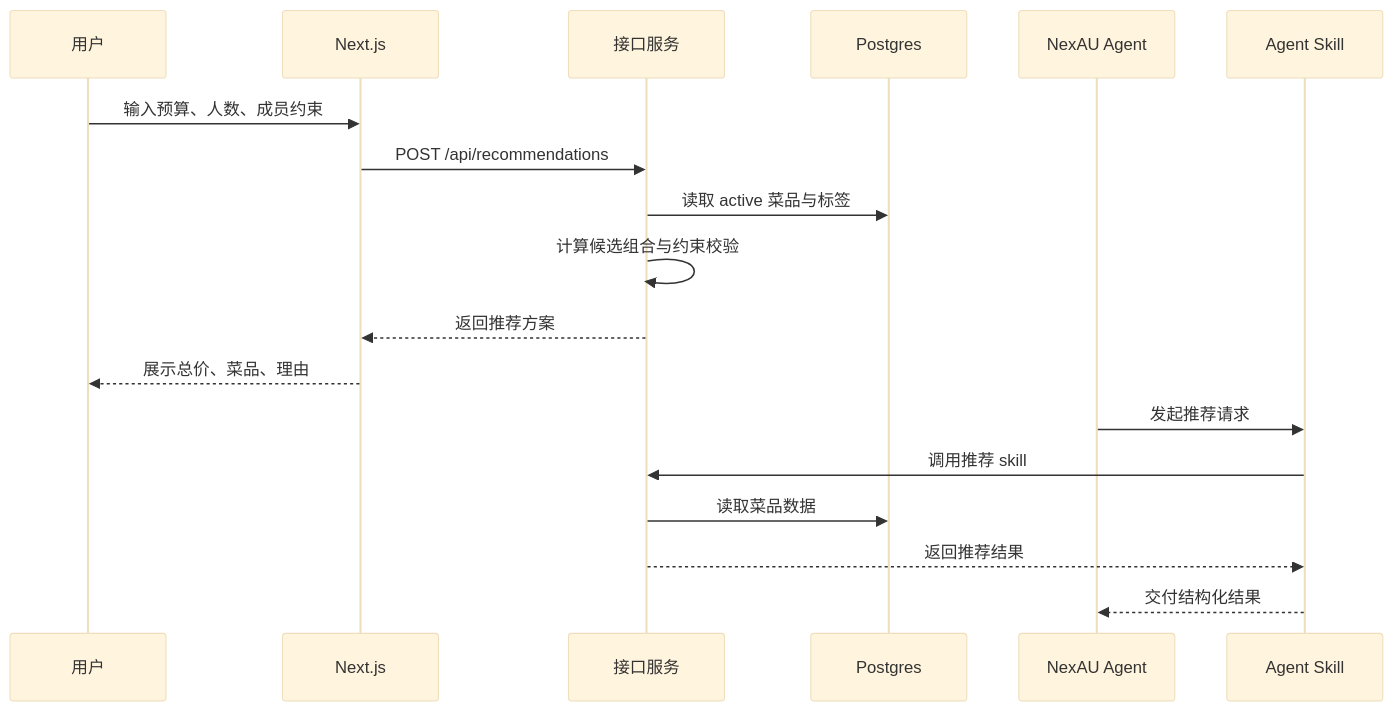
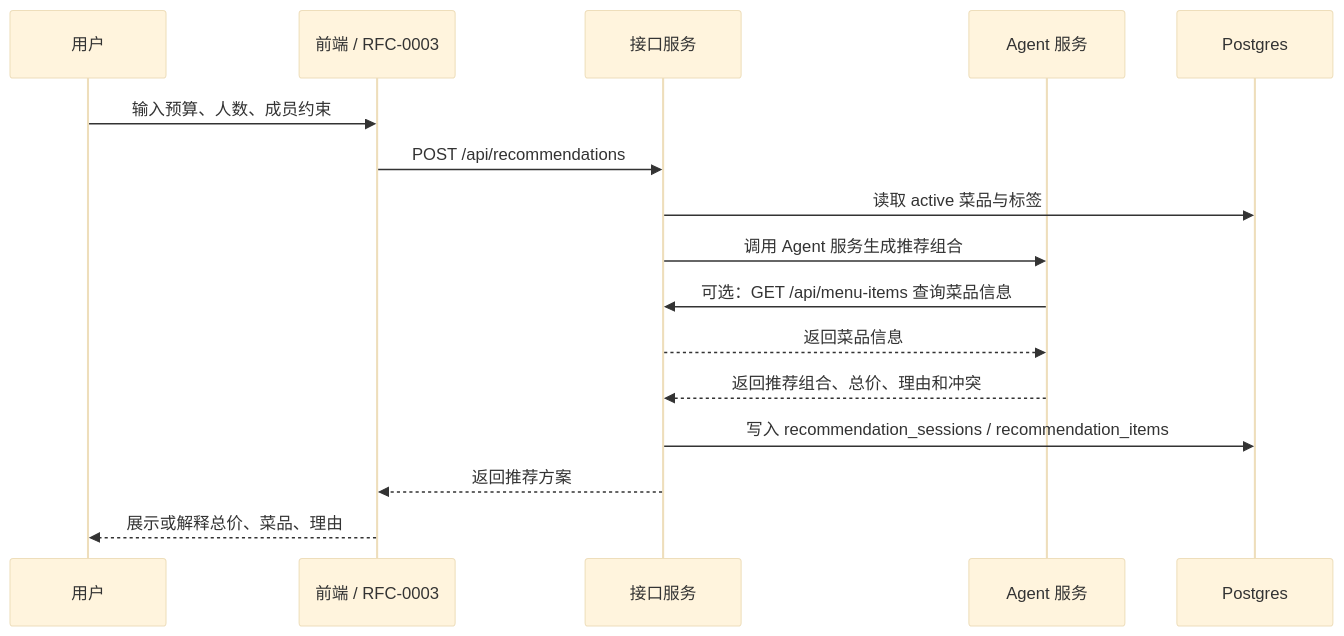
The second of 5 diagrams in docs/rfcs/0002-ordering-system-architecture.md (leoli-jpg/north-hackathon-team-5-ordering), drawn with Mermaid (base theme) before and after one commit. The commit also changed other lines of this file and 18 other files, not shown here.

````diff
--- a/docs/rfcs/0002-ordering-system-architecture.md
+++ b/docs/rfcs/0002-ordering-system-architecture.md
@@ -369,22 +463,19 @@
 ```mermaid
 sequenceDiagram
     participant U as 用户
-    participant FE as Next.js
+    participant FE as 前端 / RFC-0003
     participant API as 接口服务
+    participant AG as Agent 服务
     participant DB as Postgres
-    participant AG as NexAU Agent
-    participant SK as Agent Skill
 
     U->>FE: 输入预算、人数、成员约束
     FE->>API: POST /api/recommendations
     API->>DB: 读取 active 菜品与标签
-    API->>API: 计算候选组合与约束校验
+    API->>AG: 调用 Agent 服务生成推荐组合
+    AG->>API: 可选：GET /api/menu-items 查询菜品信息
+    API-->>AG: 返回菜品信息
+    AG-->>API: 返回推荐组合、总价、理由和冲突
+    API->>DB: 写入 recommendation_sessions / recommendation_items
     API-->>FE: 返回推荐方案
-    FE-->>U: 展示总价、菜品、理由
-
-    AG->>SK: 发起推荐请求
-    SK->>API: 调用推荐 skill
-    API->>DB: 读取菜品数据
-    API-->>SK: 返回推荐结果
-    SK-->>AG: 交付结构化结果
+    FE-->>U: 展示或解释总价、菜品、理由
 ```
````
